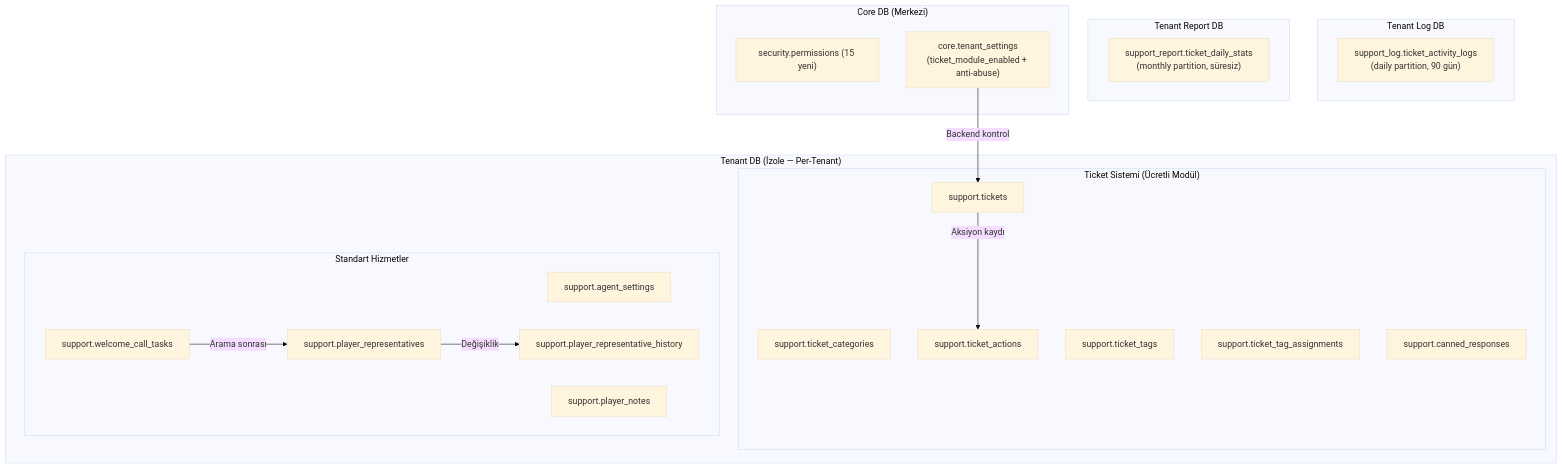
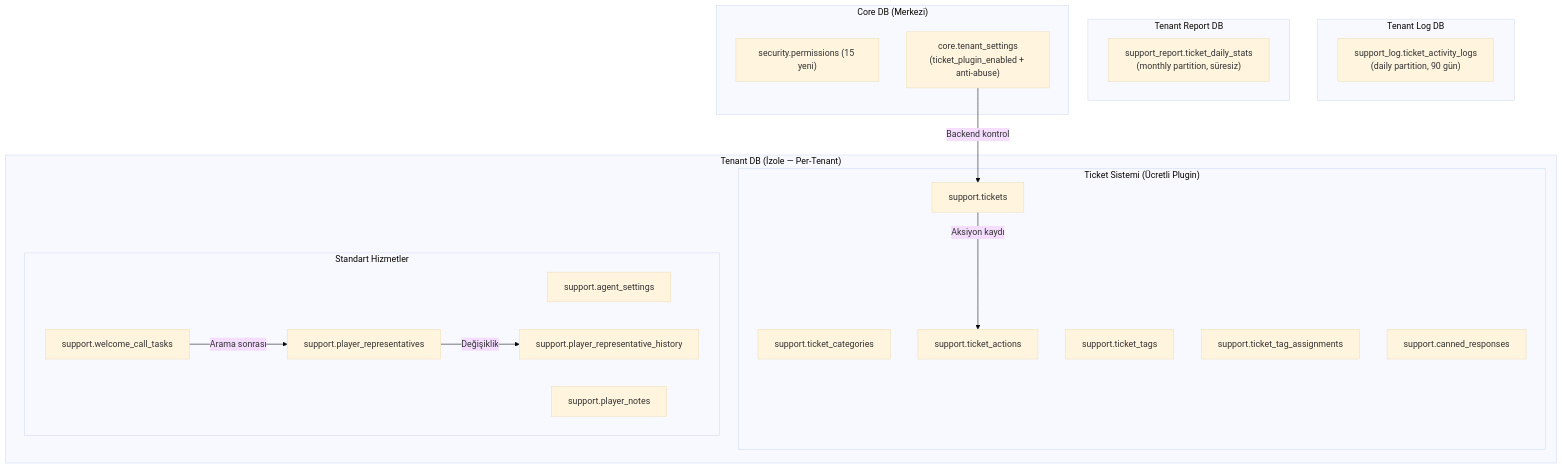
Before and after one commit to frhtshn/One.DB: the first of 5 diagrams in .docs/guides/CALL_CENTER_GUIDE.md, drawn with Mermaid (base theme). The commit also changed other lines of this file, not shown here.

Commit message:
fix: Update terminology from 'modül' to 'plugin' for consistency in call center guide

````diff
--- a/.docs/guides/CALL_CENTER_GUIDE.md
+++ b/.docs/guides/CALL_CENTER_GUIDE.md
@@ -23,39 +23,39 @@
 ```mermaid
 flowchart TD
     subgraph TENANT_DB["Tenant DB (İzole — Per-Tenant)"]
-        subgraph TICKET["Ticket Sistemi (Ücretli Modül)"]
+        subgraph TICKET["Ticket Sistemi (Ücretli Plugin)"]
             TC["support.ticket_categories"]
             TK["support.tickets"]
             TA["support.ticket_actions"]
             TT["support.ticket_tags"]
             TTA["support.ticket_tag_assignments"]
             CR["support.canned_responses"]
         end
 
         subgraph STANDARD["Standart Hizmetler"]
             AS["support.agent_settings"]
             PN["support.player_notes"]
             PR["support.player_representatives"]
             PRH["support.player_representative_history"]
             WCT["support.welcome_call_tasks"]
         end
     end
 
     subgraph TENANT_LOG["Tenant Log DB"]
         TAL["support_log.ticket_activity_logs<br/>(daily partition, 90 gün)"]
     end
 
     subgraph TENANT_REPORT["Tenant Report DB"]
         TDS["support_report.ticket_daily_stats<br/>(monthly partition, süresiz)"]
     end
 
     subgraph CORE_DB["Core DB (Merkezi)"]
         PERM["security.permissions (15 yeni)"]
-        TS["core.tenant_settings<br/>(ticket_module_enabled + anti-abuse)"]
+        TS["core.tenant_settings<br/>(ticket_plugin_enabled + anti-abuse)"]
     end
 
     TK -->|"Aksiyon kaydı"| TA
     WCT -->|"Arama sonrası"| PR
     PR -->|"Değişiklik"| PRH
     TS -->|"Backend kontrol"| TK
 ```
````
